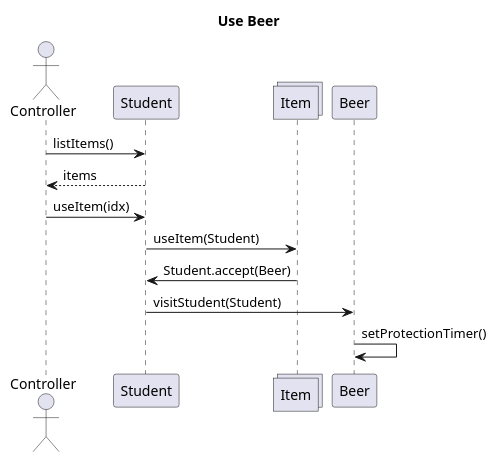
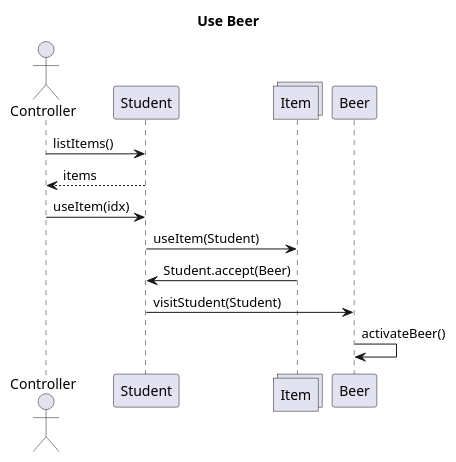
Before and after one commit to MBakter/echo: the diagram in docs/player_beer.plantuml, drawn with PlantUML. The commit also changed 4 other files, not shown here.

```diff
--- a/docs/player_beer.plantuml
+++ b/docs/player_beer.plantuml
@@ -1,17 +1,17 @@
 @startuml
 title Use Beer
 
 collections Item order 20
 participant Student order 10
 participant Beer order 50
 actor Controller
 
     Controller -> Student : listItems()
     Controller <-- Student : items
     Controller -> Student : useItem(idx)
 
         Student -> Item : useItem(Student)
         Item -> Student : Student.accept(Beer)
         Student -> Beer : visitStudent(Student)
-        Beer -> Beer : setProtectionTimer()
+        Beer -> Beer : activateBeer()
 @enduml
```
